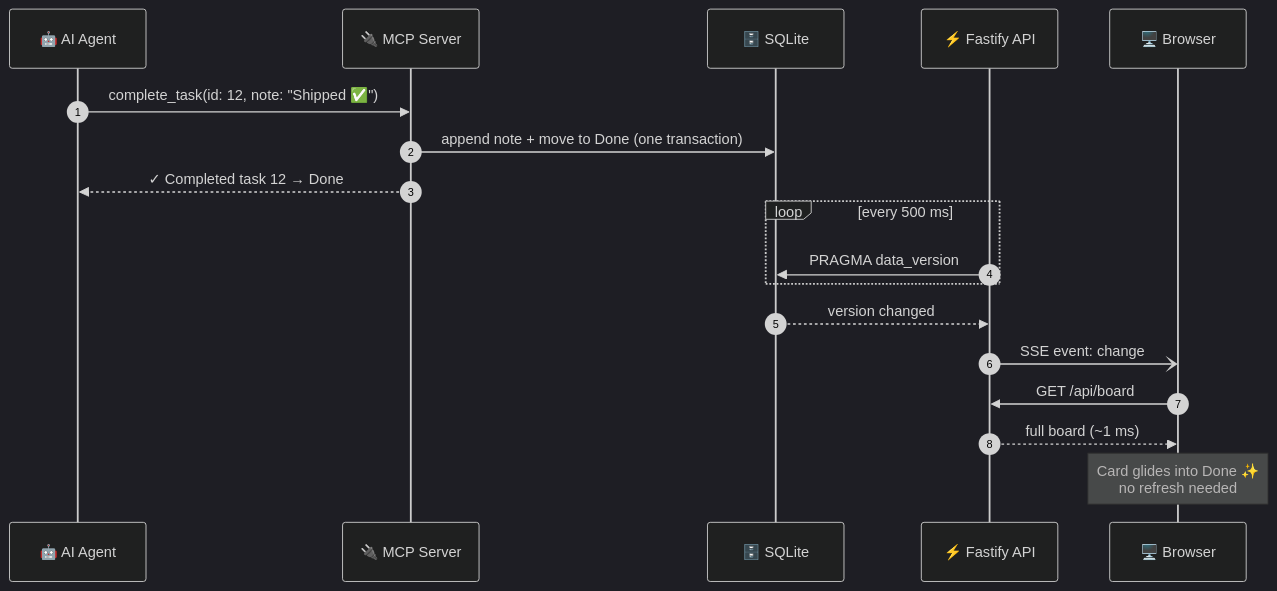
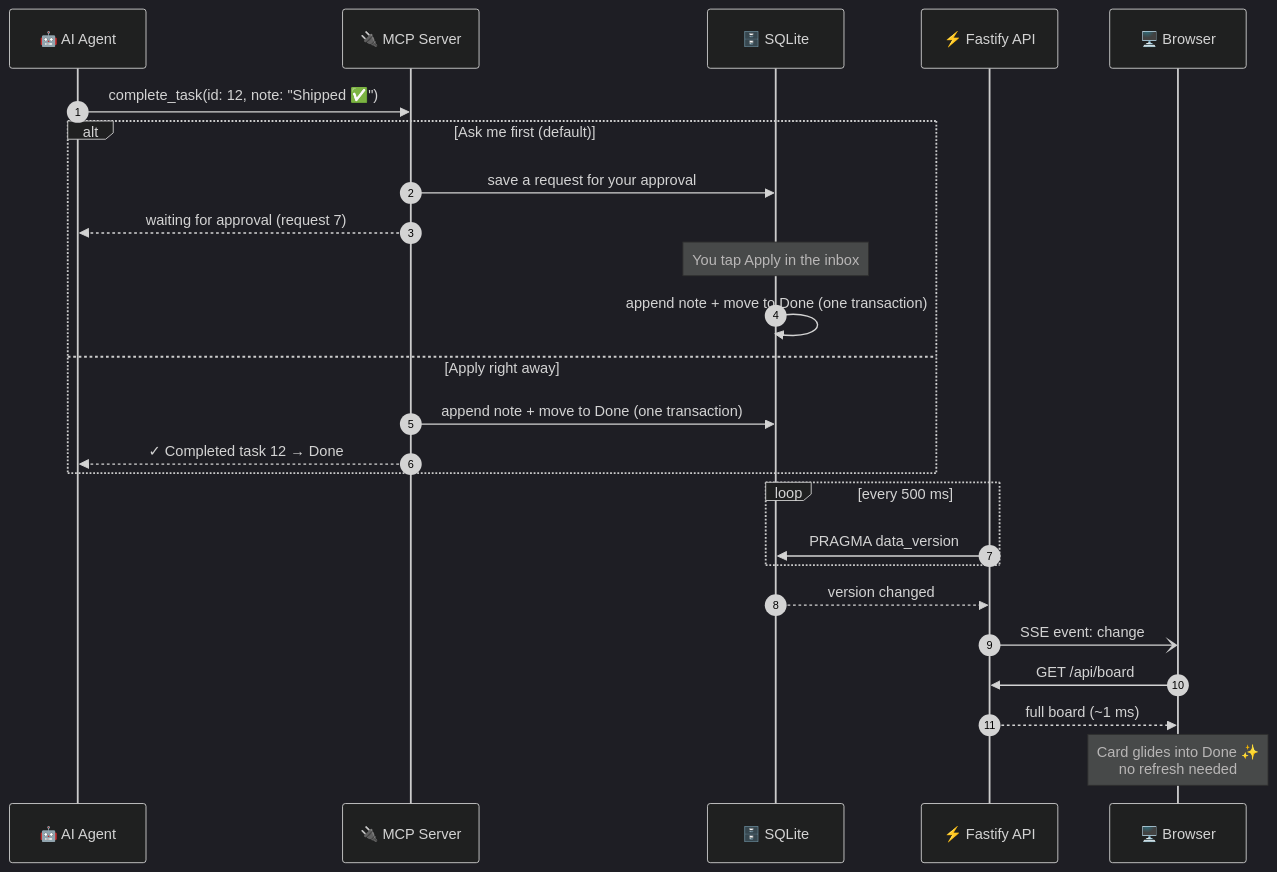
Before and after one commit to Parv17k/tasktracker: the third of 4 diagrams in README.md, drawn with Mermaid (dark theme). The commit also changed other lines of this file and 3 other files, not shown here.

````diff
--- a/README.md
+++ b/README.md
@@ -421,21 +439,28 @@
 ```mermaid
 sequenceDiagram
     autonumber
     participant AI as 🤖 AI Agent
     participant MCP as 🔌 MCP Server
     participant DB as 🗄️ SQLite
     participant API as ⚡ Fastify API
     participant UI as 🖥️ Browser
 
     AI->>MCP: complete_task(id: 12, note: "Shipped ✅")
-    MCP->>DB: append note + move to Done (one transaction)
-    MCP-->>AI: ✓ Completed task 12 → Done
+    alt Ask me first (default)
+        MCP->>DB: save a request for your approval
+        MCP-->>AI: waiting for approval (request 7)
+        Note over DB: You tap Apply in the inbox
+        DB->>DB: append note + move to Done (one transaction)
+    else Apply right away
+        MCP->>DB: append note + move to Done (one transaction)
+        MCP-->>AI: ✓ Completed task 12 → Done
+    end
     loop every 500 ms
         API->>DB: PRAGMA data_version
     end
     DB-->>API: version changed
     API-)UI: SSE event: change
     UI->>API: GET /api/board
     API-->>UI: full board (~1 ms)
     Note over UI: Card glides into Done ✨<br/>no refresh needed
 ```
````
